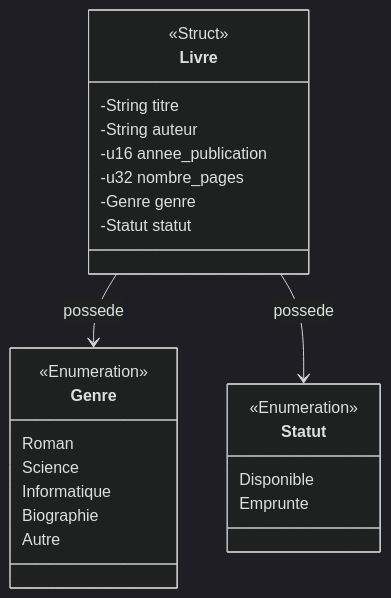
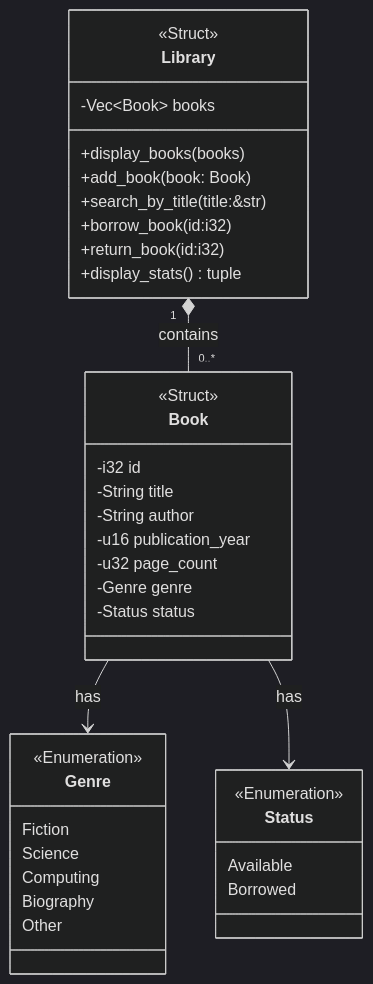
Before and after one commit to Jaska28/TP1-Rust-Fondamental: the first of 2 diagrams in README.md, drawn with Mermaid. The commit also changed other lines of this file and 3 other files, not shown here.

````diff
--- a/README.md
+++ b/README.md
@@ -28,31 +20,44 @@
 ```mermaid
 %%{init: {"theme": "dark"}}%%
 classDiagram
-class Livre {
+class Library {
     <<Struct>>
-    -String titre
-    -String auteur
-    -u16 annee_publication
-    -u32 nombre_pages
+    -Vec~Book~ books
+    +display_books(books)
+    +add_book(book: Book)
+    +search_by_title(title:&str)
+    +borrow_book(id:i32)
+    +return_book(id:i32)
+    +display_stats() tuple
+}
+
+Library "1" *-- "0..*" Book : contains
+class Book {
+    <<Struct>>
+    -i32 id
+    -String title
+    -String author
+    -u16 publication_year
+    -u32 page_count
     -Genre genre
-    -Statut statut
+    -Status status
 }
 
 class Genre {
     <<Enumeration>>
-    Roman
+    Fiction
     Science
-    Informatique
-    Biographie
-    Autre
+    Computing
+    Biography
+    Other
 }
 
-class Statut {
+class Status {
     <<Enumeration>>
-    Disponible
-    Emprunte
+    Available
+    Borrowed
 }
 
-Livre --> Genre : possede
-Livre --> Statut : possede
+Book --> Genre : has
+Book --> Status : has
 ```
````
